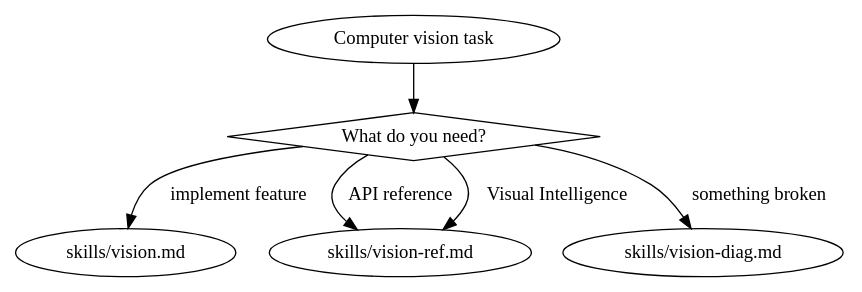
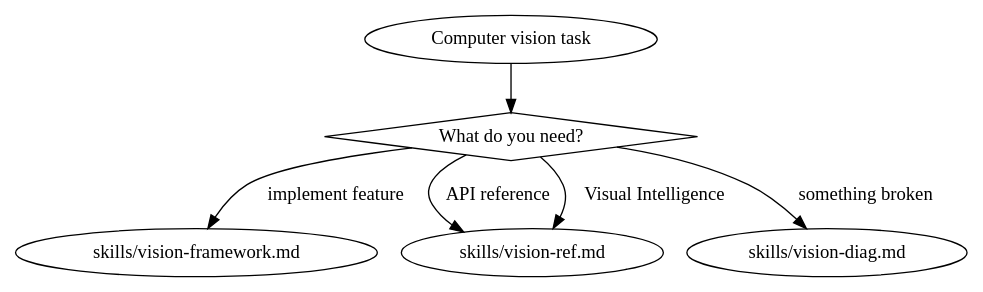
The diagram in .claude-plugin/plugins/axiom/skills/axiom-vision/SKILL.md (CharlesWiltgen/Axiom), drawn with Graphviz before and after one commit. The commit also changed other lines of this file and 17 other files, not shown here.

````diff
--- a/.claude-plugin/plugins/axiom/skills/axiom-vision/SKILL.md
+++ b/.claude-plugin/plugins/axiom/skills/axiom-vision/SKILL.md
@@ -37,12 +37,12 @@
 ```dot
 digraph vision {
     start [label="Computer vision task" shape=ellipse];
     what [label="What do you need?" shape=diamond];
 
     start -> what;
-    what -> "skills/vision.md" [label="implement feature"];
+    what -> "skills/vision-framework.md" [label="implement feature"];
     what -> "skills/vision-ref.md" [label="API reference"];
     what -> "skills/vision-ref.md" [label="Visual Intelligence"];
     what -> "skills/vision-diag.md" [label="something broken"];
 }
 ```
````
